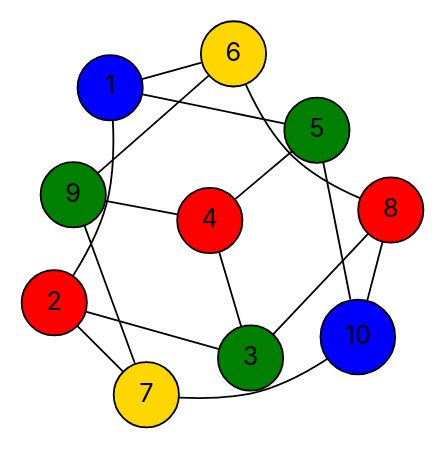
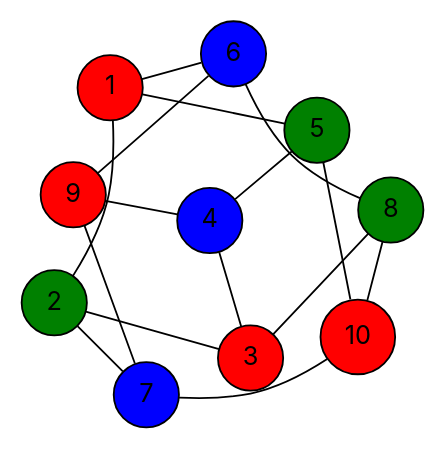
Before and after one commit to vercah/vertex-coloring: the diagram in data/final-dots/easy-05-parallel.dot, drawn with Graphviz. The commit also changed 144 other files, not shown here.

```diff
--- a/data/final-dots/easy-05-parallel.dot
+++ b/data/final-dots/easy-05-parallel.dot
@@ -1,31 +1,31 @@
 graph G {
   layout=neato;
   overlap=false;
   splines=true;
   node [shape=circle, style=filled, fontname=Inter];
-  1 [label="1", fillcolor="blue", tooltip="v1 color 2"];
-  2 [label="2", fillcolor="red", tooltip="v2 color 0"];
-  3 [label="3", fillcolor="green", tooltip="v3 color 1"];
-  4 [label="4", fillcolor="red", tooltip="v4 color 0"];
+  1 [label="1", fillcolor="red", tooltip="v1 color 0"];
+  2 [label="2", fillcolor="green", tooltip="v2 color 1"];
+  3 [label="3", fillcolor="red", tooltip="v3 color 0"];
+  4 [label="4", fillcolor="blue", tooltip="v4 color 2"];
   5 [label="5", fillcolor="green", tooltip="v5 color 1"];
-  6 [label="6", fillcolor="gold", tooltip="v6 color 3"];
-  7 [label="7", fillcolor="gold", tooltip="v7 color 3"];
-  8 [label="8", fillcolor="red", tooltip="v8 color 0"];
-  9 [label="9", fillcolor="green", tooltip="v9 color 1"];
-  10 [label="10", fillcolor="blue", tooltip="v10 color 2"];
+  6 [label="6", fillcolor="blue", tooltip="v6 color 2"];
+  7 [label="7", fillcolor="blue", tooltip="v7 color 2"];
+  8 [label="8", fillcolor="green", tooltip="v8 color 1"];
+  9 [label="9", fillcolor="red", tooltip="v9 color 0"];
+  10 [label="10", fillcolor="red", tooltip="v10 color 0"];
   1 -- 2;
   1 -- 5;
   1 -- 6;
   2 -- 3;
   2 -- 7;
   3 -- 4;
   3 -- 8;
   4 -- 5;
   4 -- 9;
   5 -- 10;
   6 -- 8;
   6 -- 9;
   7 -- 9;
   7 -- 10;
   8 -- 10;
 }
```
